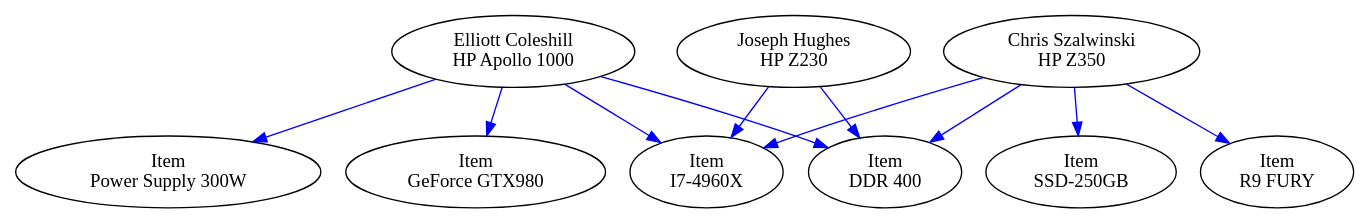
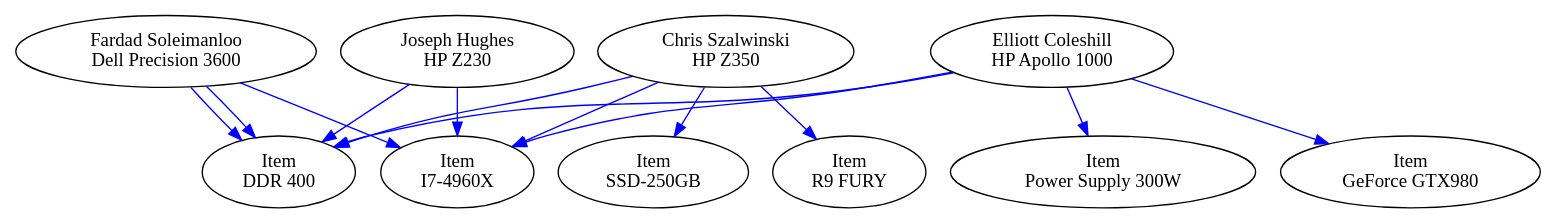
Before and after one commit to JongkukLee/OOP345_Milestone: the diagram in Milestone/WorkingOrder.dat.gv, drawn with Graphviz. The commit also changed 39 other files, not shown here.

```diff
--- a/Milestone/WorkingOrder.dat.gv
+++ b/Milestone/WorkingOrder.dat.gv
@@ -1,32 +1,41 @@
 digraph orderGraph {
+"Fardad Soleimanloo
+Dell Precision 3600" -> "Item
+I7-4960X" [color=blue];
+"Fardad Soleimanloo
+Dell Precision 3600" -> "Item
+DDR 400" [color=blue];
+"Fardad Soleimanloo
+Dell Precision 3600" -> "Item
+DDR 400" [color=blue];
 "Joseph Hughes
-HP Z230"->"Item
-I7-4960X"[color=blue];
+HP Z230" -> "Item
+I7-4960X" [color=blue];
 "Joseph Hughes
-HP Z230"->"Item
-DDR 400"[color=blue];
+HP Z230" -> "Item
+DDR 400" [color=blue];
 "Chris Szalwinski
-HP Z350"->"Item
-I7-4960X"[color=blue];
+HP Z350" -> "Item
+I7-4960X" [color=blue];
 "Chris Szalwinski
-HP Z350"->"Item
-DDR 400"[color=blue];
+HP Z350" -> "Item
+DDR 400" [color=blue];
 "Chris Szalwinski
-HP Z350"->"Item
-SSD-250GB"[color=blue];
+HP Z350" -> "Item
+SSD-250GB" [color=blue];
 "Chris Szalwinski
-HP Z350"->"Item
-R9 FURY"[color=blue];
+HP Z350" -> "Item
+R9 FURY" [color=blue];
 "Elliott Coleshill
-HP Apollo 1000"->"Item
-I7-4960X"[color=blue];
+HP Apollo 1000" -> "Item
+I7-4960X" [color=blue];
 "Elliott Coleshill
-HP Apollo 1000"->"Item
-DDR 400"[color=blue];
+HP Apollo 1000" -> "Item
+DDR 400" [color=blue];
 "Elliott Coleshill
-HP Apollo 1000"->"Item
-Power Supply 300W"[color=blue];
+HP Apollo 1000" -> "Item
+Power Supply 300W" [color=blue];
 "Elliott Coleshill
-HP Apollo 1000"->"Item
-GeForce GTX980"[color=blue];
+HP Apollo 1000" -> "Item
+GeForce GTX980" [color=blue];
 }
```
